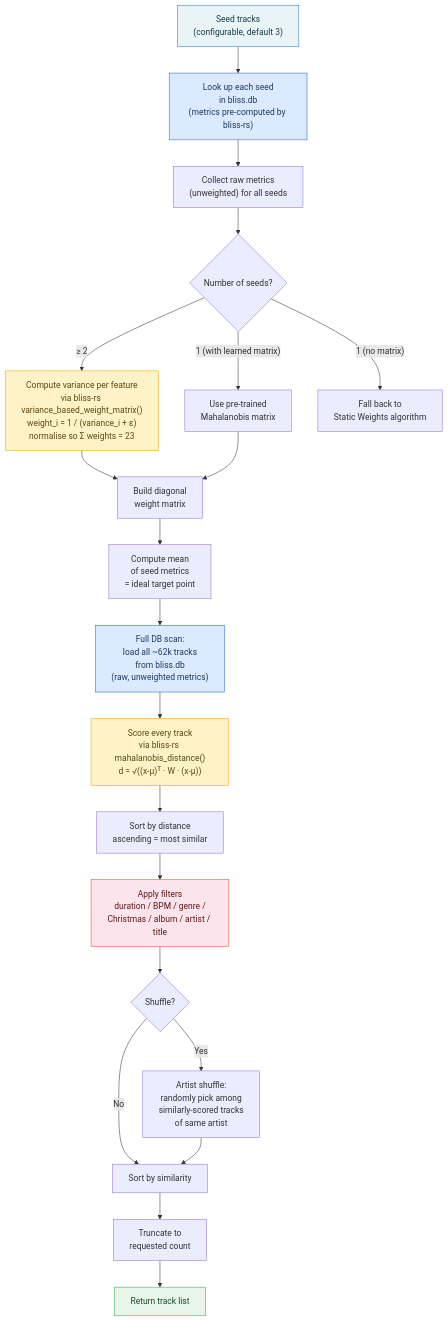
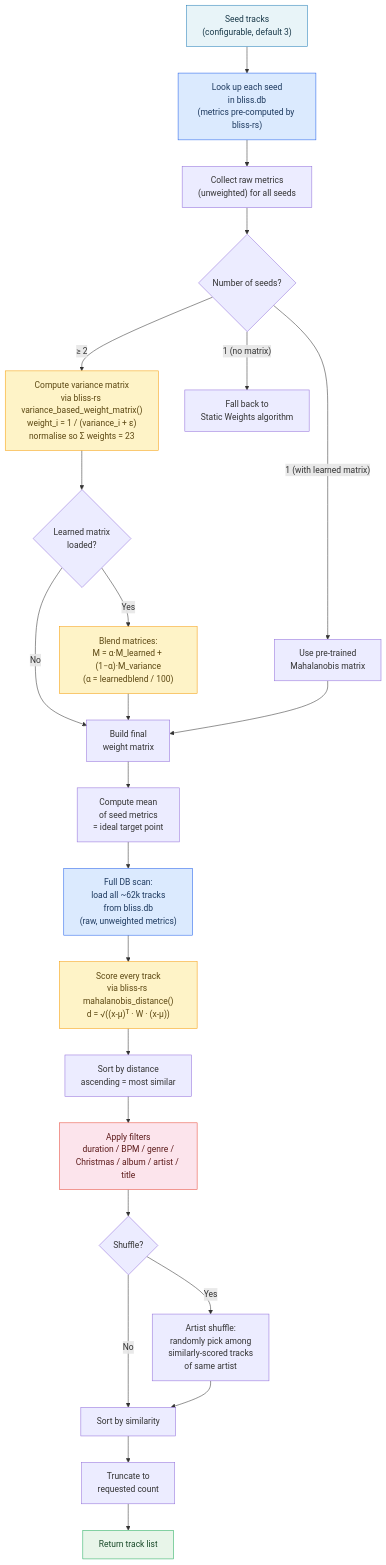
The fourth of 4 diagrams in ALGORITHMS.md (chrober/lms-blissmixer), drawn with Mermaid before and after one commit. The commit also changed other lines of this file and 5 other files, not shown here.

````diff
--- a/ALGORITHMS.md
+++ b/ALGORITHMS.md
@@ -274,30 +277,34 @@
 ```mermaid
 flowchart TD
     A["Seed tracks<br/>(configurable, default 3)"] --> B["Look up each seed<br/>in bliss.db<br/>(metrics pre-computed by bliss-rs)"]
     B --> C["Collect raw metrics<br/>(unweighted) for all seeds"]
     C --> D{Number of seeds?}
-    D -- "≥ 2" --> E["Compute variance per feature<br/>via bliss-rs variance_based_weight_matrix()<br/>weight_i = 1 / (variance_i + ε)<br/>normalise so Σ weights = 23"]
+    D -- "≥ 2" --> E["Compute variance matrix<br/>via bliss-rs variance_based_weight_matrix()<br/>weight_i = 1 / (variance_i + ε)<br/>normalise so Σ weights = 23"]
     D -- "1 (with learned matrix)" --> F[Use pre-trained<br/>Mahalanobis matrix]
     D -- "1 (no matrix)" --> G[Fall back to<br/>Static Weights algorithm]
-    E --> H[Build diagonal<br/>weight matrix]
+    E --> BL{Learned matrix<br/>loaded?}
+    BL -- "Yes" --> BM["Blend matrices:<br/>M = α·M_learned + (1−α)·M_variance<br/>(α = learnedblend / 100)"]
+    BL -- "No" --> H
+    BM --> H[Build final<br/>weight matrix]
     F --> H
     H --> I[Compute mean<br/>of seed metrics<br/>= ideal target point]
     I --> J["Full DB scan:<br/>load all ~62k tracks<br/>from bliss.db<br/>(raw, unweighted metrics)"]
     J --> K["Score every track<br/>via bliss-rs mahalanobis_distance()<br/>d = √((x-μ)ᵀ · W · (x-μ))"]
     K --> L[Sort by distance<br/>ascending = most similar]
     L --> M[Apply filters<br/>duration / BPM / genre /<br/>Christmas / album / artist / title]
     M --> N{Shuffle?}
     N -- Yes --> O[Artist shuffle:<br/>randomly pick among<br/>similarly-scored tracks<br/>of same artist]
     N -- No --> P[Sort by similarity]
     O --> P
     P --> Q[Truncate to<br/>requested count]
     Q --> R[Return track list]
 
     style A fill:#e8f4f8,stroke:#2980b9,color:#1a3a4a
     style B fill:#dbeafe,stroke:#2563eb,color:#1e3a5f
     style E fill:#fef3c7,stroke:#f59e0b,color:#5c4813
+    style BM fill:#fef3c7,stroke:#f59e0b,color:#5c4813
     style K fill:#fef3c7,stroke:#f59e0b,color:#5c4813
     style J fill:#dbeafe,stroke:#2563eb,color:#1e3a5f
     style M fill:#fce4ec,stroke:#e74c3c,color:#5c1a1a
     style R fill:#e8f5e9,stroke:#27ae60,color:#1a4a2a
 ```
````
